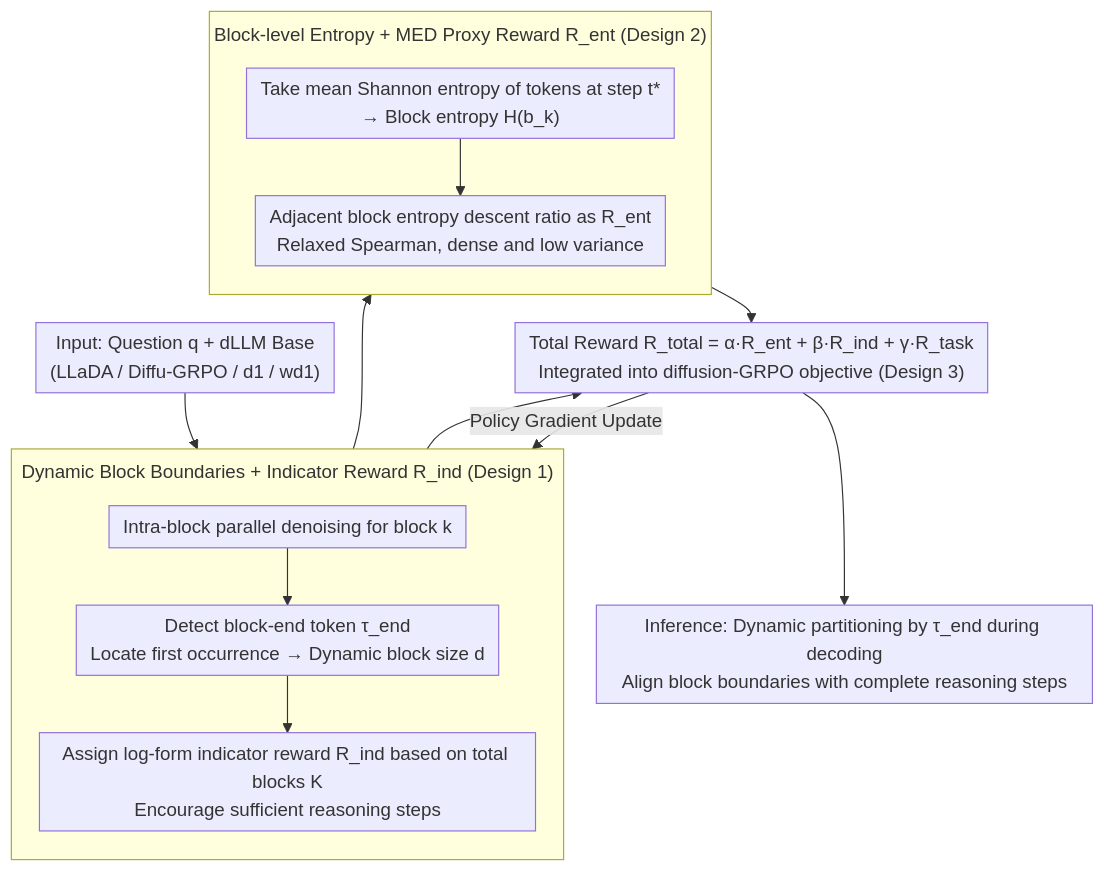
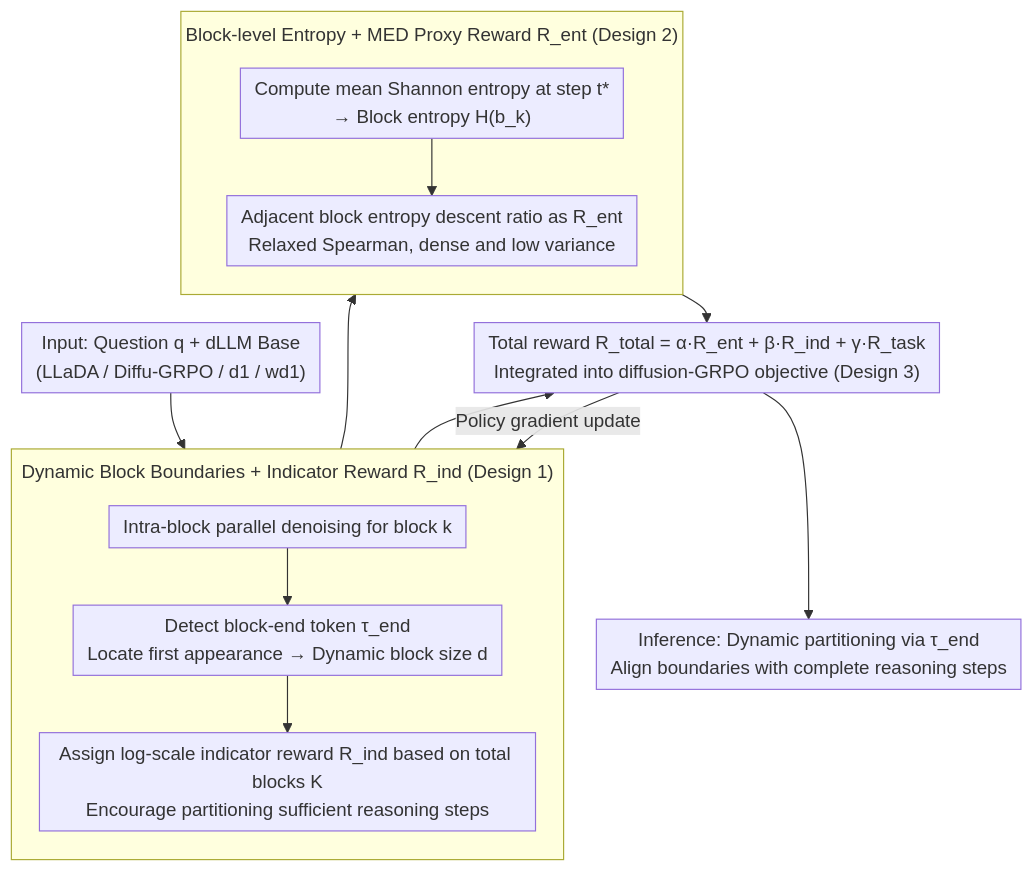
One commit to zhaoyang97/Paper-Notes-en changed the diagram in docs/ICML2026/reinforcement_learning/break_the_block_dynamic-size_reasoning_blocks_for_diffusion_large_language_model.md. Above: the diagram before and after it, drawn with Mermaid. The commit also changed other lines of this file and 5084 other files, not shown here.

````diff
--- a/docs/ICML2026/reinforcement_learning/break_the_block_dynamic-size_reasoning_blocks_for_diffusion_large_language_model.md
+++ b/docs/ICML2026/reinforcement_learning/break_the_block_dynamic-size_reasoning_blocks_for_diffusion_large_language_model.md
@@ -44,20 +44,20 @@
 ```mermaid
 %%{init: {'flowchart': {'rankSpacing': 24, 'nodeSpacing': 28, 'padding': 6, 'wrappingWidth': 400, 'subGraphTitleMargin': {'top': 8, 'bottom': 16}}}}%%
 flowchart TD
     A["Input: Question q + dLLM Base<br/>(LLaDA / Diffu-GRPO / d1 / wd1)"] --> B
     subgraph DYN["Dynamic Block Boundaries + Indicator Reward R_ind (Design 1)"]
         direction TB
-        B["Intra-block parallel denoising for block k"] --> C["Detect block-end token τ_end<br/>Locate first occurrence → Dynamic block size d"]
-        C --> D["Assign log-form indicator reward R_ind based on total blocks K<br/>Encourage sufficient reasoning steps"]
+        B["Intra-block parallel denoising for block k"] --> C["Detect block-end token τ_end<br/>Locate first appearance → Dynamic block size d"]
+        C --> D["Assign log-scale indicator reward R_ind based on total blocks K<br/>Encourage partitioning sufficient reasoning steps"]
     end
     C --> E
     subgraph MED["Block-level Entropy + MED Proxy Reward R_ent (Design 2)"]
         direction TB
-        E["Take mean Shannon entropy of tokens at step t*<br/>→ Block entropy H(b_k)"] --> F["Adjacent block entropy descent ratio as R_ent<br/>Relaxed Spearman, dense and low variance"]
+        E["Compute mean Shannon entropy at step t*<br/>→ Block entropy H(b_k)"] --> F["Adjacent block entropy descent ratio as R_ent<br/>Relaxed Spearman, dense and low variance"]
     end
     D --> G
     F --> G
-    G["Total Reward R_total = α·R_ent + β·R_ind + γ·R_task<br/>Integrated into diffusion-GRPO objective (Design 3)"]
-    G -->|Policy Gradient Update| B
-    G --> H["Inference: Dynamic partitioning by τ_end during decoding<br/>Align block boundaries with complete reasoning steps"]
+    G["Total reward R_total = α·R_ent + β·R_ind + γ·R_task<br/>Integrated into diffusion-GRPO objective (Design 3)"]
+    G -->|Policy gradient update| B
+    G --> H["Inference: Dynamic partitioning via τ_end<br/>Align boundaries with complete reasoning steps"]
 ```
````
